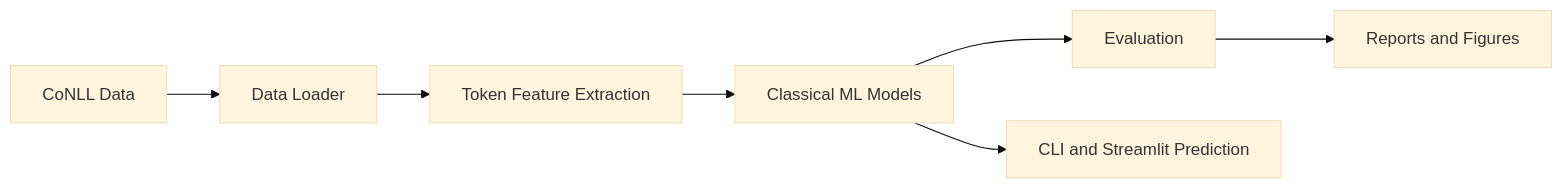
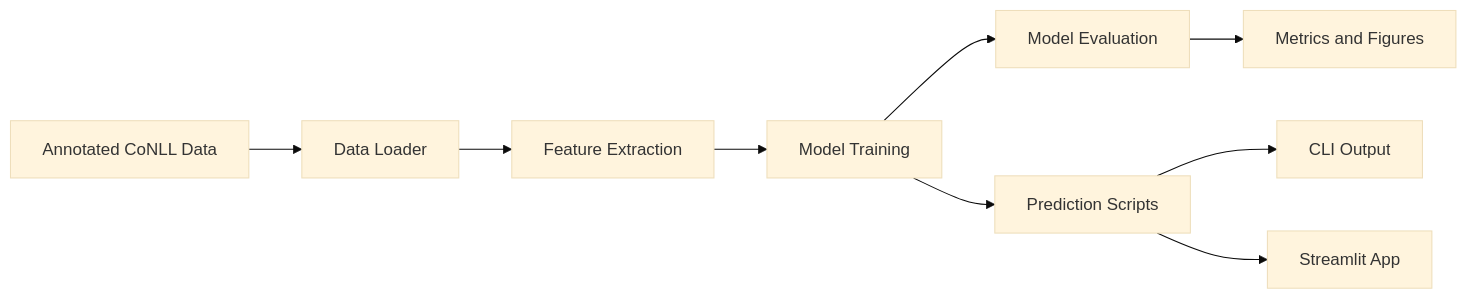
One commit to AFurkanOcel/Turkish_Multi_Level_Phrase_Chunking changed the first of 2 diagrams in README.md. Above: the diagram before and after it, drawn with Mermaid (base theme). The commit also changed other lines of this file and 1 other file, not shown here.

````diff
--- a/README.md
+++ b/README.md
@@ -305,9 +227,11 @@
 ```mermaid
 flowchart LR
-    A[CoNLL Data] --> B[Data Loader]
-    B --> C[Token Feature Extraction]
-    C --> D[Classical ML Models]
-    D --> E[Evaluation]
-    E --> F[Reports and Figures]
-    D --> G[CLI and Streamlit Prediction]
+    A[Annotated CoNLL Data] --> B[Data Loader]
+    B --> C[Feature Extraction]
+    C --> D[Model Training]
+    D --> E[Model Evaluation]
+    E --> F[Metrics and Figures]
+    D --> G[Prediction Scripts]
+    G --> H[CLI Output]
+    G --> I[Streamlit App]
 ```
````
